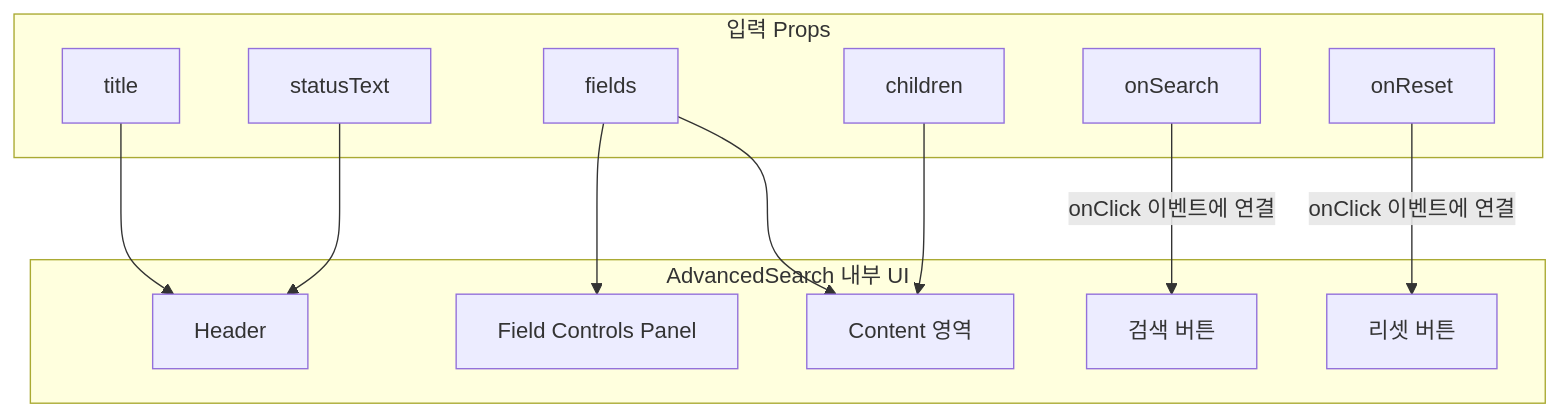
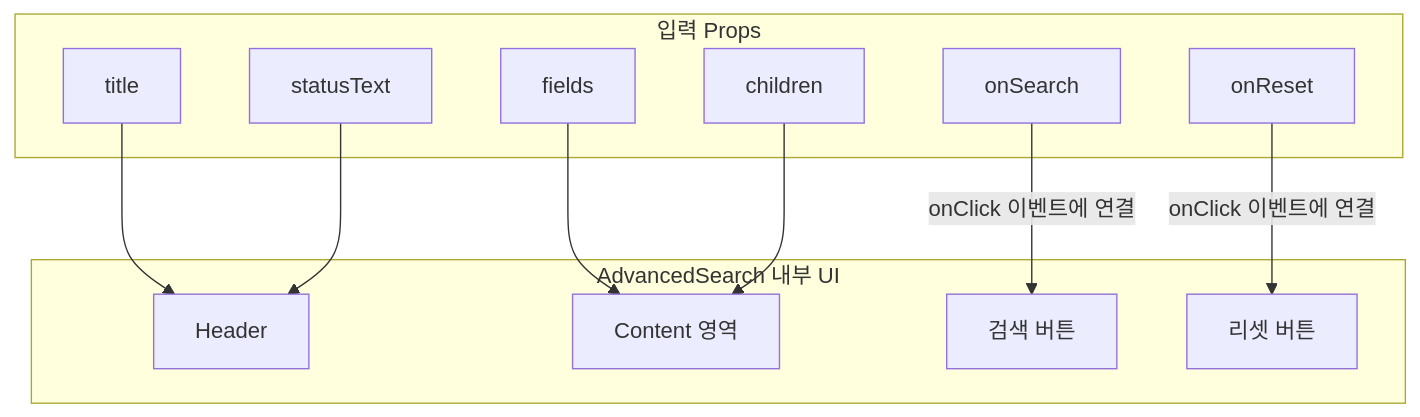
The fourth of 4 diagrams in src/components/ui/ui-input/advanced-search/advanced-search.dev.md (webcodur/next-temp), drawn with Mermaid before and after one commit. The commit also changed other lines of this file and 89 other files, not shown here.

````diff
--- a/src/components/ui/ui-input/advanced-search/advanced-search.dev.md
+++ b/src/components/ui/ui-input/advanced-search/advanced-search.dev.md
@@ -189,27 +90,25 @@
 ```mermaid
 graph TD
     subgraph "입력 Props"
         P_Title[title]
         P_Status[statusText]
         P_Fields[fields]
         P_Children[children]
         P_onSearch[onSearch]
         P_onReset[onReset]
     end
 
     subgraph "AdvancedSearch 내부 UI"
         UI_Header[Header]
-        UI_Controls[Field Controls Panel]
         UI_Content[Content 영역]
         UI_SearchBtn[검색 버튼]
         UI_ResetBtn[리셋 버튼]
     end
 
     P_Title --> UI_Header
     P_Status --> UI_Header
-    P_Fields --> UI_Controls
     P_Fields --> UI_Content
     P_Children --> UI_Content
     P_onSearch -- "onClick 이벤트에 연결" --> UI_SearchBtn
     P_onReset -- "onClick 이벤트에 연결" --> UI_ResetBtn
 ```
````
